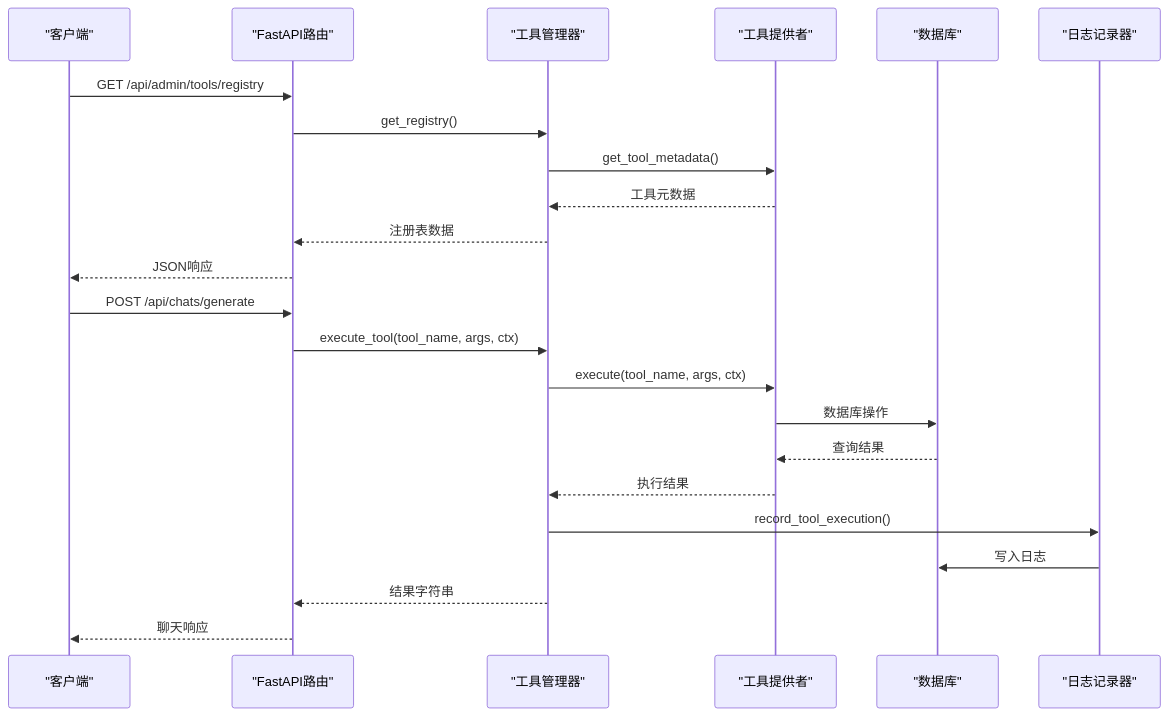
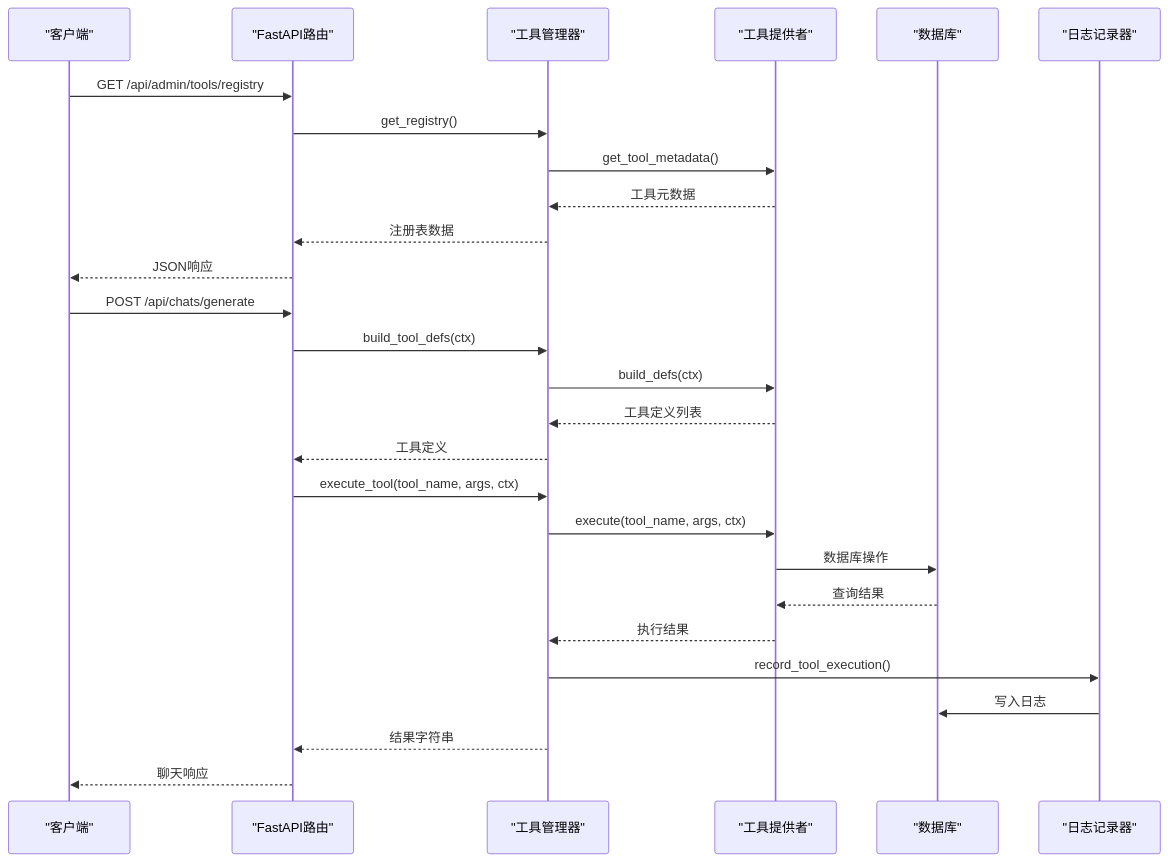
Before and after one commit to KunLabAI/KunFlix: the fourth of 9 diagrams in .qoder/repowiki/zh/content/后端服务架构/业务服务层/工具管理系统.md, drawn with Mermaid. The commit also changed other lines of this file and 13 other files, not shown here.

````diff
--- a/.qoder/repowiki/zh/content/后端服务架构/业务服务层/工具管理系统.md
+++ b/.qoder/repowiki/zh/content/后端服务架构/业务服务层/工具管理系统.md
@@ -183,25 +204,29 @@
 ```mermaid
 sequenceDiagram
 participant Client as "客户端"
 participant API as "FastAPI路由"
 participant Manager as "工具管理器"
 participant Provider as "工具提供者"
 participant DB as "数据库"
 participant Logger as "日志记录器"
 Client->>API : GET /api/admin/tools/registry
 API->>Manager : get_registry()
 Manager->>Provider : get_tool_metadata()
 Provider-->>Manager : 工具元数据
 Manager-->>API : 注册表数据
 API-->>Client : JSON响应
 Client->>API : POST /api/chats/generate
+API->>Manager : build_tool_defs(ctx)
+Manager->>Provider : build_defs(ctx)
+Provider-->>Manager : 工具定义列表
+Manager-->>API : 工具定义
 API->>Manager : execute_tool(tool_name, args, ctx)
 Manager->>Provider : execute(tool_name, args, ctx)
 Provider->>DB : 数据库操作
 DB-->>Provider : 查询结果
 Provider-->>Manager : 执行结果
 Manager->>Logger : record_tool_execution()
 Logger->>DB : 写入日志
 Manager-->>API : 结果字符串
 API-->>Client : 聊天响应
 ```
````
